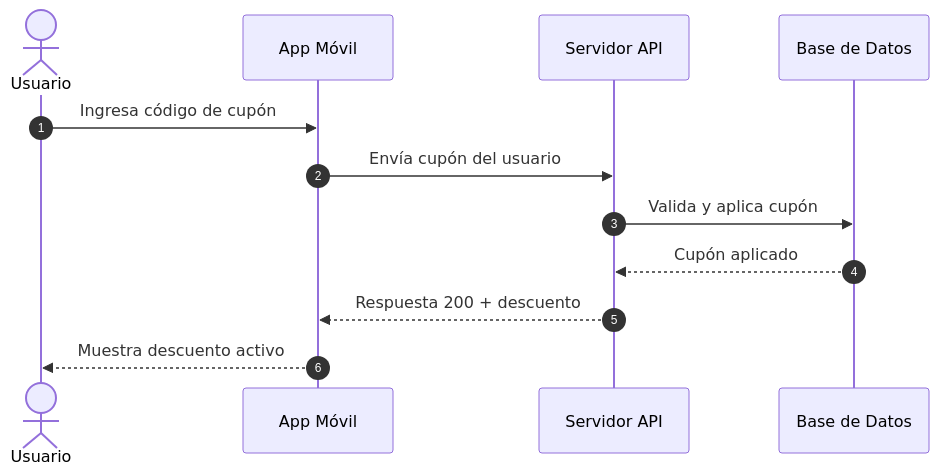
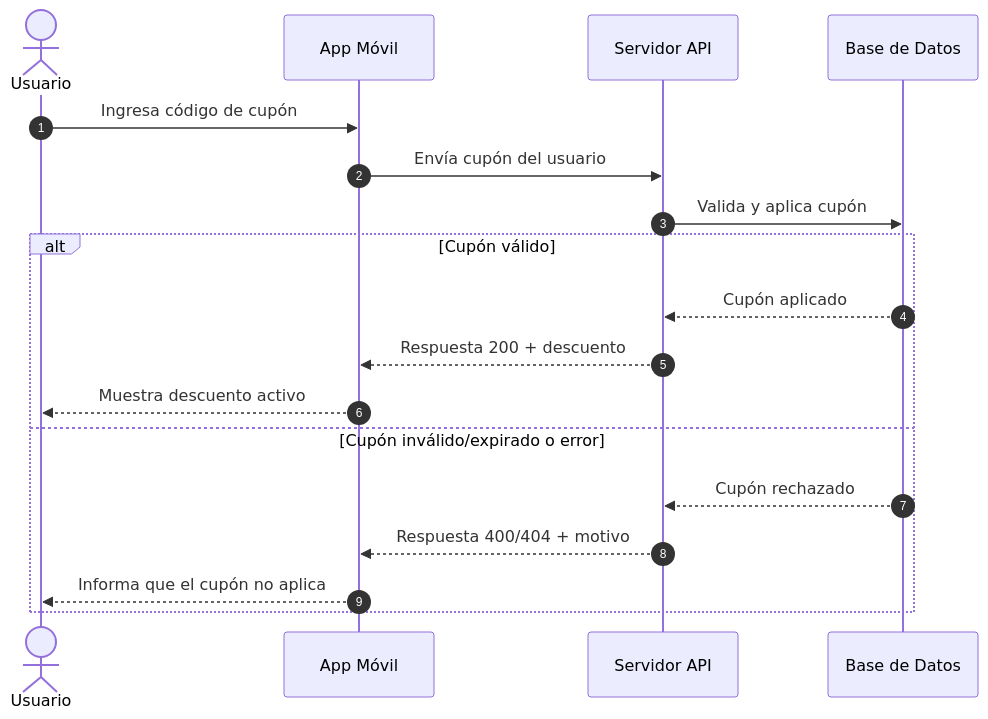
One commit to asobrados03/HumanPerformApp changed diagram 11 of 12 in docs/SEQUENCE_DIAGRAMS.md. Above: the diagram before and after it, drawn with Mermaid. The commit also changed other lines of this file, not shown here.

Commit message:
docs: agrega unhappy paths en diagramas de secuencia

````diff
--- a/docs/SEQUENCE_DIAGRAMS.md
+++ b/docs/SEQUENCE_DIAGRAMS.md
@@ -189,15 +249,21 @@
 ```mermaid
 sequenceDiagram
     autonumber
     actor U as Usuario
     participant APP as App Móvil
     participant API as Servidor API
     participant DB as Base de Datos
 
     U->>APP: Ingresa código de cupón
     APP->>API: Envía cupón del usuario
     API->>DB: Valida y aplica cupón
-    DB-->>API: Cupón aplicado
-    API-->>APP: Respuesta 200 + descuento
-    APP-->>U: Muestra descuento activo
+    alt Cupón válido
+        DB-->>API: Cupón aplicado
+        API-->>APP: Respuesta 200 + descuento
+        APP-->>U: Muestra descuento activo
+    else Cupón inválido/expirado o error
+        DB-->>API: Cupón rechazado
+        API-->>APP: Respuesta 400/404 + motivo
+        APP-->>U: Informa que el cupón no aplica
+    end
 ```
````
